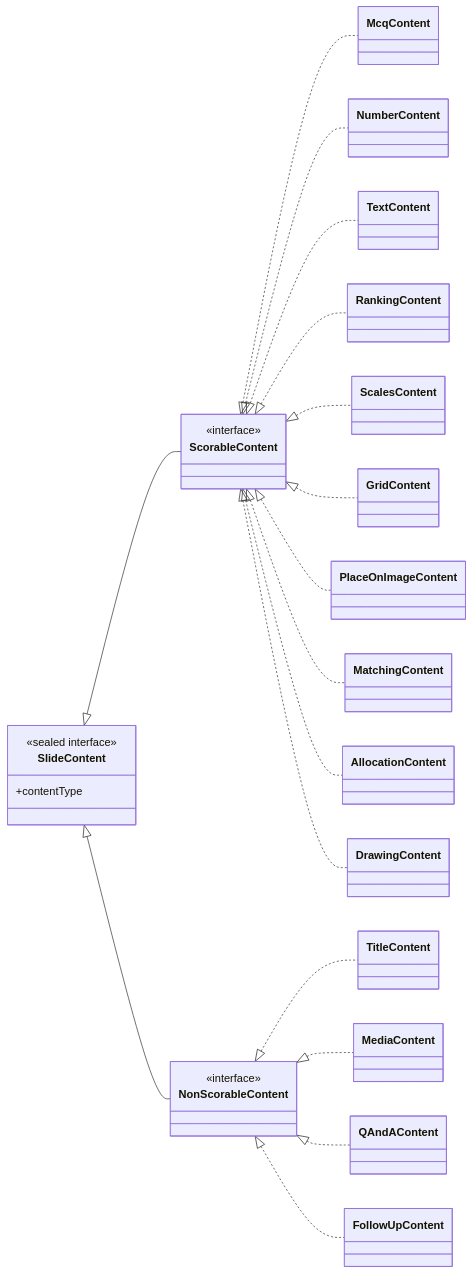
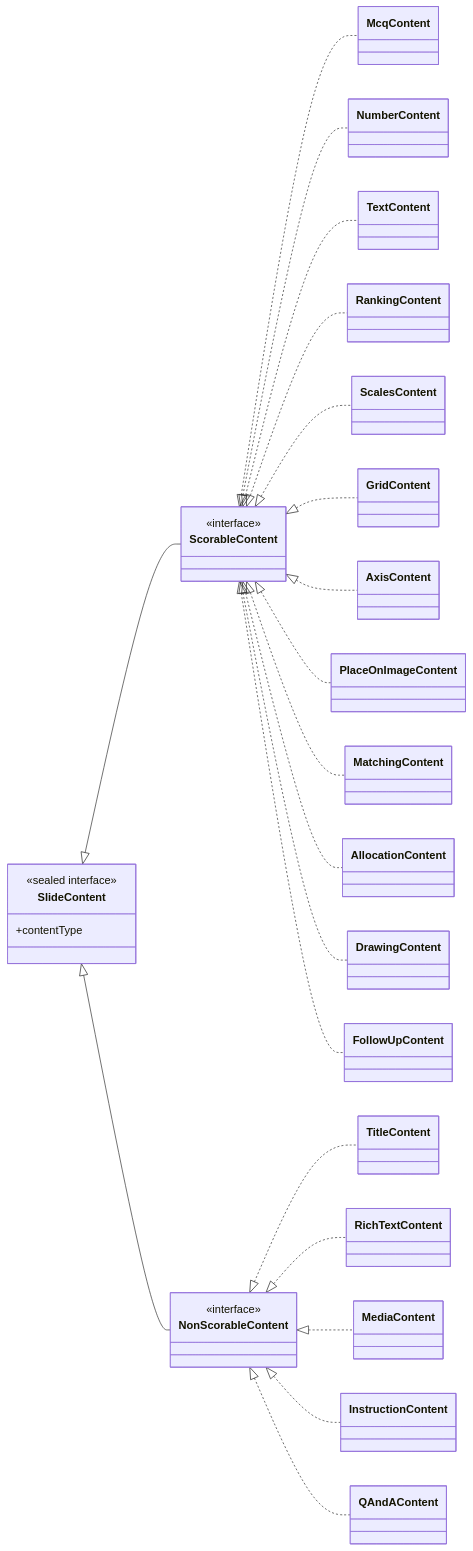
Before and after one commit to Saganaut/ambi: the fifth of 6 diagrams in z-docs/diagrams/domain-model.md, drawn with Mermaid. The commit also changed other lines of this file and 5 other files, not shown here.

Commit message:
docs(diagrams): correct auth, collaboration, deck-authoring, domain-model, frontend-architecture, index

````diff
--- a/z-docs/diagrams/domain-model.md
+++ b/z-docs/diagrams/domain-model.md
@@ -235,28 +248,31 @@
 ```mermaid
 classDiagram
     direction LR
     class SlideContent {
         <<sealed interface>>
         +contentType
     }
     class ScorableContent { <<interface>> }
     class NonScorableContent { <<interface>> }
     SlideContent <|-- ScorableContent
     SlideContent <|-- NonScorableContent
 
     ScorableContent <|.. McqContent
     ScorableContent <|.. NumberContent
     ScorableContent <|.. TextContent
     ScorableContent <|.. RankingContent
     ScorableContent <|.. ScalesContent
     ScorableContent <|.. GridContent
+    ScorableContent <|.. AxisContent
     ScorableContent <|.. PlaceOnImageContent
     ScorableContent <|.. MatchingContent
     ScorableContent <|.. AllocationContent
     ScorableContent <|.. DrawingContent
+    ScorableContent <|.. FollowUpContent
 
     NonScorableContent <|.. TitleContent
+    NonScorableContent <|.. RichTextContent
     NonScorableContent <|.. MediaContent
+    NonScorableContent <|.. InstructionContent
     NonScorableContent <|.. QAndAContent
-    NonScorableContent <|.. FollowUpContent
 ```
````
